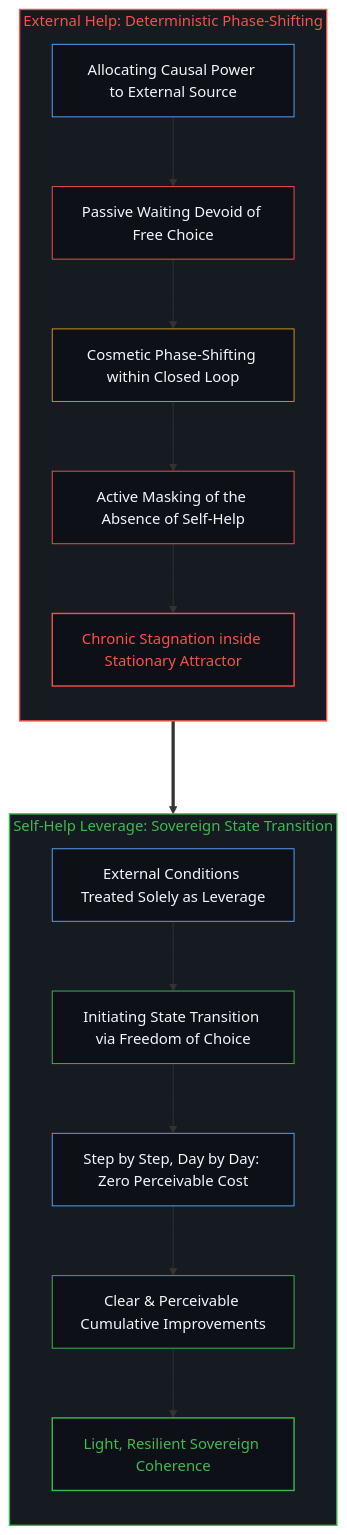
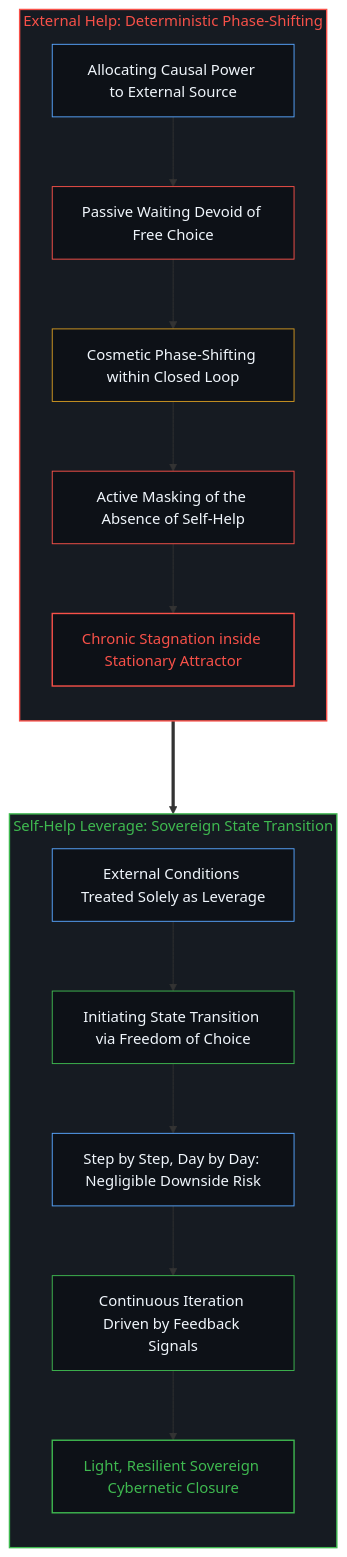
Before and after one commit to powerpig99/not-a-toe: the tenth of 10 diagrams in content/posts/choice-itself-has-no-inherent-weight.md, drawn with Mermaid. The commit also changed other lines of this file and 4 other files, not shown here.

````diff
--- a/content/posts/choice-itself-has-no-inherent-weight.md
+++ b/content/posts/choice-itself-has-no-inherent-weight.md
@@ -361,33 +369,33 @@
 ```mermaid
 graph TD
     subgraph S_Dependency_EN ["External Help: Deterministic Phase-Shifting"]
         direction TB
         DE_Claim["Allocating Causal Power to External Source"] --> DE_Passive["Passive Waiting Devoid of Free Choice"]
         DE_Passive --> DE_PhaseShift["Cosmetic Phase-Shifting within Closed Loop"]
         DE_PhaseShift --> DE_Masking["Active Masking of the Absence of Self-Help"]
         DE_Masking --> DE_Paralysis["Chronic Stagnation inside Stationary Attractor"]
     end
 
     subgraph S_Sovereignty_EN ["Self-Help Leverage: Sovereign State Transition"]
         direction TB
         RE_Leverage["External Conditions Treated Solely as Leverage"] --> RE_FreeChoice["Initiating State Transition via Freedom of Choice"]
-        RE_FreeChoice --> RE_Gradual["Step by Step, Day by Day: Zero Perceivable Cost"]
-        RE_Gradual --> RE_Bedrock["Clear & Perceivable Cumulative Improvements"]
-        RE_Bedrock --> RE_Agency["Light, Resilient Sovereign Coherence"]
+        RE_FreeChoice --> RE_Gradual["Step by Step, Day by Day: Negligible Downside Risk"]
+        RE_Gradual --> RE_Bedrock["Continuous Iteration Driven by Feedback Signals"]
+        RE_Bedrock --> RE_Agency["Light, Resilient Sovereign Cybernetic Closure"]
     end
 
     DE_Paralysis ===> RE_Leverage
 
     style S_Dependency_EN fill:#161b22,stroke:#f85149,stroke-width:1.5px,color:#f85149
     style S_Sovereignty_EN fill:#161b22,stroke:#3fb950,stroke-width:1.5px,color:#3fb950
     style DE_Claim fill:#0d1117,stroke:#58a6ff,stroke-width:1px,color:#f0f6fc
     style DE_Passive fill:#0d1117,stroke:#f85149,stroke-width:1px,color:#f0f6fc
     style DE_PhaseShift fill:#0d1117,stroke:#d29922,stroke-width:1px,color:#f0f6fc
     style DE_Masking fill:#0d1117,stroke:#f85149,stroke-width:1px,color:#f0f6fc
     style DE_Paralysis fill:#0d1117,stroke:#f85149,stroke-width:1.5px,color:#f85149
     style RE_Leverage fill:#0d1117,stroke:#58a6ff,stroke-width:1px,color:#f0f6fc
     style RE_FreeChoice fill:#0d1117,stroke:#3fb950,stroke-width:1px,color:#f0f6fc
     style RE_Gradual fill:#0d1117,stroke:#58a6ff,stroke-width:1px,color:#f0f6fc
     style RE_Bedrock fill:#0d1117,stroke:#3fb950,stroke-width:1px,color:#f0f6fc
     style RE_Agency fill:#0d1117,stroke:#3fb950,stroke-width:1.5px,color:#3fb950
 ```
````
